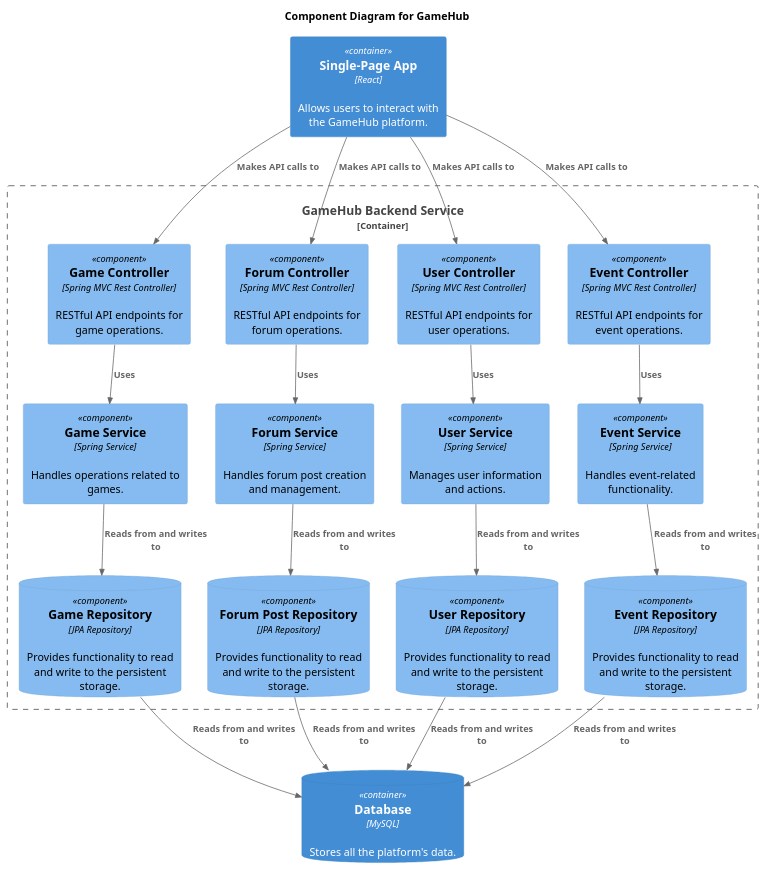
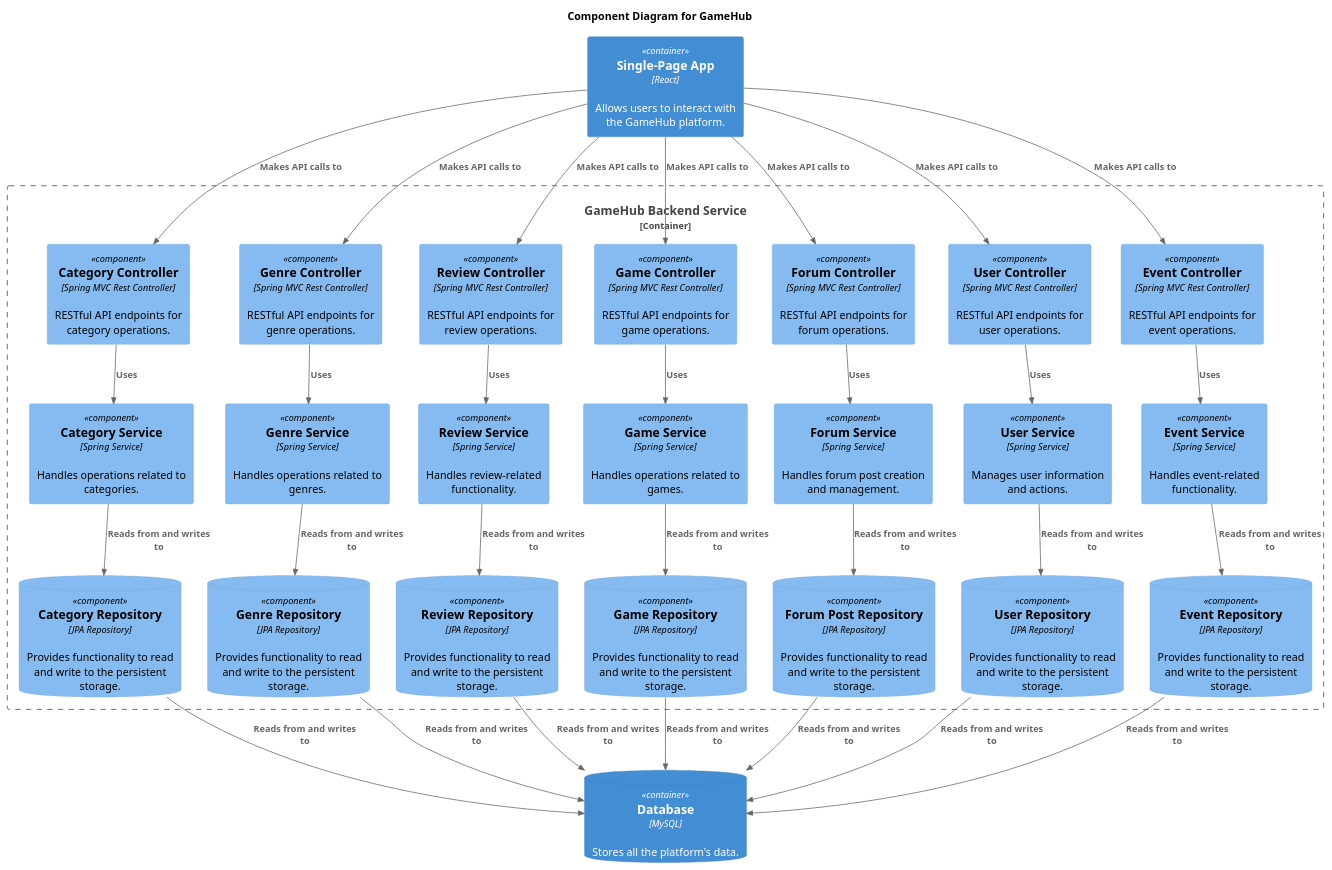
One commit to MihaiCatalin22/GameHubBE changed the diagram in Documentation/C3_Diagram.puml. Above: the diagram before and after it, drawn with PlantUML. The commit also changed 4 other files, not shown here.

```diff
--- a/Documentation/C3_Diagram.puml
+++ b/Documentation/C3_Diagram.puml
@@ -1,47 +1,68 @@
 @startuml
 !includeurl https://raw.githubusercontent.com/plantuml-stdlib/C4-PlantUML/master/C4_Component.puml
 
 title Component Diagram for GameHub
 
 Container(webApp, "Single-Page App", "React", "Allows users to interact with the GameHub platform.")
 
 Container_Boundary(api, "GameHub Backend Service") {
+    Component(categoryController, "Category Controller", "Spring MVC Rest Controller", "RESTful API endpoints for category operations.")
+    Component(genreController, "Genre Controller", "Spring MVC Rest Controller", "RESTful API endpoints for genre operations.")
+    Component(reviewController, "Review Controller", "Spring MVC Rest Controller", "RESTful API endpoints for review operations.")
     Component(gameController, "Game Controller", "Spring MVC Rest Controller", "RESTful API endpoints for game operations.")
     Component(forumController, "Forum Controller", "Spring MVC Rest Controller", "RESTful API endpoints for forum operations.")
     Component(userController, "User Controller", "Spring MVC Rest Controller", "RESTful API endpoints for user operations.")
     Component(eventController, "Event Controller", "Spring MVC Rest Controller", "RESTful API endpoints for event operations.")
 
+    Component(categoryService, "Category Service", "Spring Service", "Handles operations related to categories.")
+    Component(genreService, "Genre Service", "Spring Service", "Handles operations related to genres.")
+    Component(reviewService, "Review Service", "Spring Service", "Handles review-related functionality.")
     Component(gameService, "Game Service", "Spring Service", "Handles operations related to games.")
     Component(forumService, "Forum Service", "Spring Service", "Handles forum post creation and management.")
     Component(userService, "User Service", "Spring Service", "Manages user information and actions.")
     Component(eventService, "Event Service", "Spring Service", "Handles event-related functionality.")
 
+    ComponentDb(categoryRepository, "Category Repository", "JPA Repository", "Provides functionality to read and write to the persistent storage.")
+    ComponentDb(genreRepository, "Genre Repository", "JPA Repository", "Provides functionality to read and write to the persistent storage.")
+    ComponentDb(reviewRepository, "Review Repository", "JPA Repository", "Provides functionality to read and write to the persistent storage.")
     ComponentDb(gameRepository, "Game Repository", "JPA Repository", "Provides functionality to read and write to the persistent storage.")
     ComponentDb(forumPostRepository, "Forum Post Repository", "JPA Repository", "Provides functionality to read and write to the persistent storage.")
     ComponentDb(userRepository, "User Repository", "JPA Repository", "Provides functionality to read and write to the persistent storage.")
     ComponentDb(eventRepository, "Event Repository", "JPA Repository", "Provides functionality to read and write to the persistent storage.")
 
+    Rel(categoryController, categoryService, "Uses")
+    Rel(genreController, genreService, "Uses")
+    Rel(reviewController, reviewService, "Uses")
     Rel(gameController, gameService, "Uses")
     Rel(forumController, forumService, "Uses")
     Rel(userController, userService, "Uses")
     Rel(eventController, eventService, "Uses")
 
+    Rel(categoryService, categoryRepository, "Reads from and writes to")
+    Rel(genreService, genreRepository, "Reads from and writes to")
+    Rel(reviewService, reviewRepository, "Reads from and writes to")
     Rel(gameService, gameRepository, "Reads from and writes to")
     Rel(forumService, forumPostRepository, "Reads from and writes to")
     Rel(userService, userRepository, "Reads from and writes to")
     Rel(eventService, eventRepository, "Reads from and writes to")
 }
 
 ContainerDb(database, "Database", "MySQL", "Stores all the platform's data.")
 
+Rel(webApp, categoryController, "Makes API calls to")
+Rel(webApp, genreController, "Makes API calls to")
+Rel(webApp, reviewController, "Makes API calls to")
+Rel(webApp, gameController, "Makes API calls to")
+Rel(webApp, forumController, "Makes API calls to")
 Rel(webApp, userController, "Makes API calls to")
-Rel(webApp, forumController, "Makes API calls to")
-Rel(webApp, gameController, "Makes API calls to")
 Rel(webApp, eventController, "Makes API calls to")
 
+Rel(categoryRepository, database, "Reads from and writes to")
+Rel(genreRepository, database, "Reads from and writes to")
+Rel(reviewRepository, database, "Reads from and writes to")
+Rel(gameRepository, database, "Reads from and writes to")
+Rel(forumPostRepository, database, "Reads from and writes to")
 Rel(userRepository, database, "Reads from and writes to")
-Rel(forumPostRepository, database, "Reads from and writes to")
-Rel(gameRepository, database, "Reads from and writes to")
 Rel(eventRepository, database, "Reads from and writes to")
 
 @enduml
```
